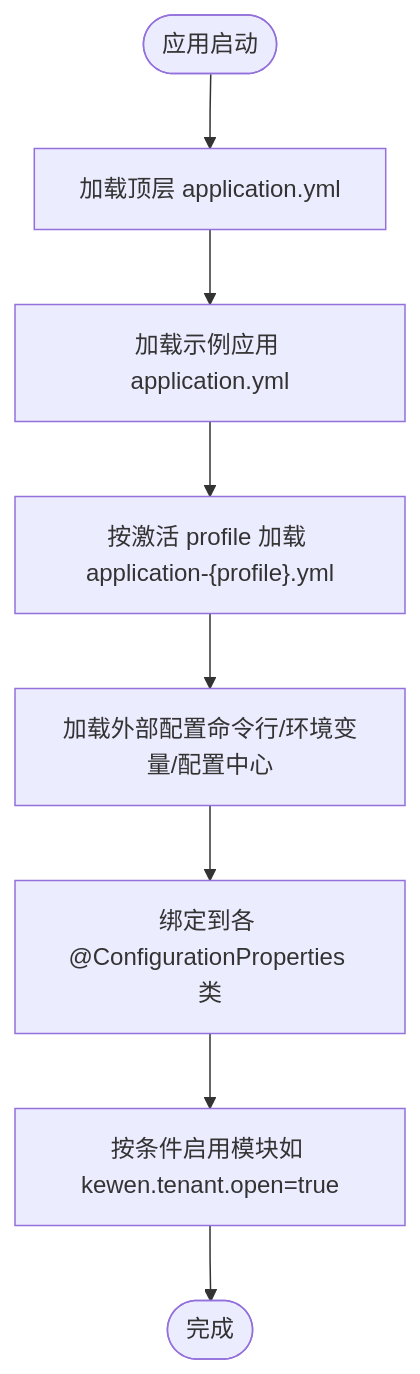
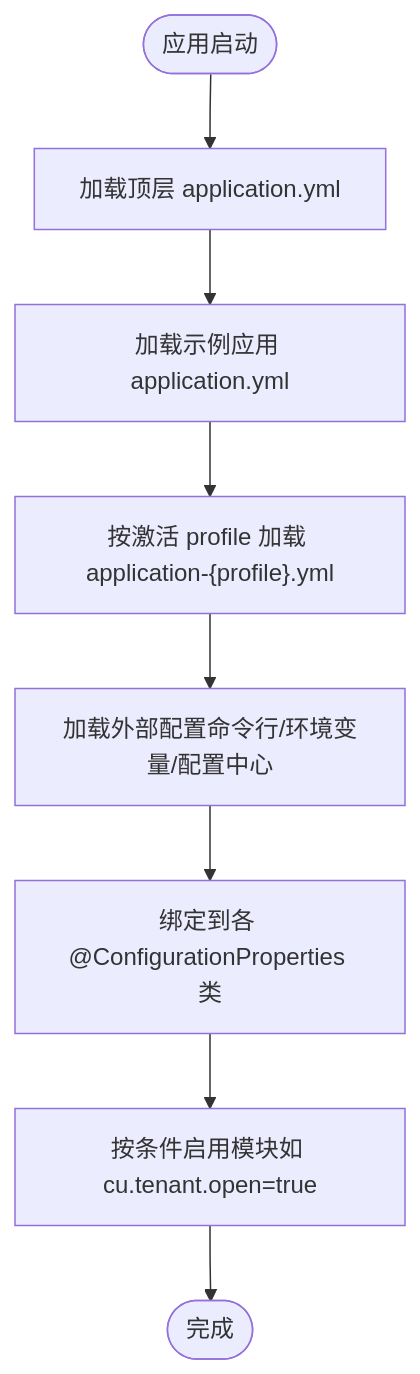
One commit to LiukewenSC/kewen-framework changed the second of 3 diagrams in .qoder/repowiki/zh/content/配置指南/配置指南.md. Above: the diagram before and after it, drawn with Mermaid. The commit also changed other lines of this file and 764 other files, not shown here.

````diff
--- a/.qoder/repowiki/zh/content/配置指南/配置指南.md
+++ b/.qoder/repowiki/zh/content/配置指南/配置指南.md
@@ -126,10 +126,10 @@
 ```mermaid
 flowchart TD
 Start(["应用启动"]) --> LoadBase["加载顶层 application.yml"]
 LoadBase --> LoadApp["加载示例应用 application.yml"]
 LoadApp --> LoadProfile["按激活 profile 加载 application-{profile}.yml"]
 LoadProfile --> LoadExternal["加载外部配置命令行/环境变量/配置中心"]
 LoadExternal --> Bind["绑定到各 @ConfigurationProperties 类"]
-Bind --> Modules["按条件启用模块如 kewen.tenant.open=true"]
+Bind --> Modules["按条件启用模块如 cu.tenant.open=true"]
 Modules --> End(["完成"])
 ```
````
